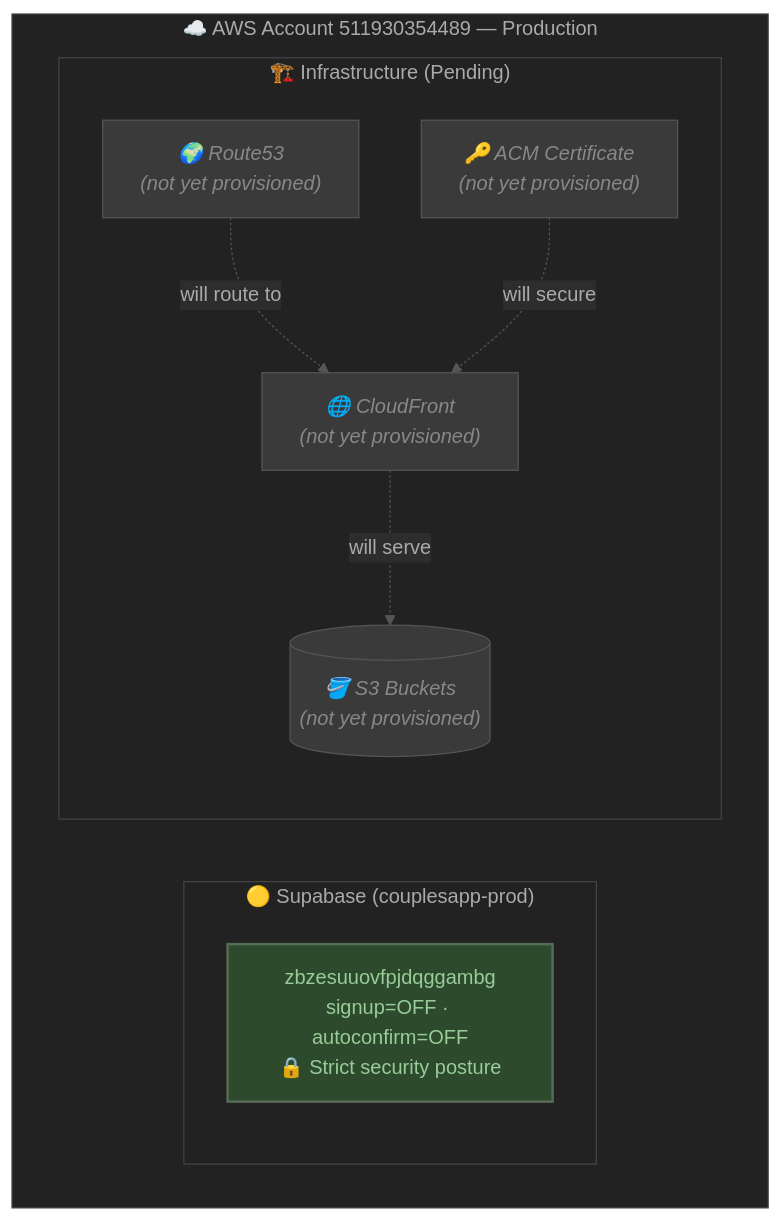
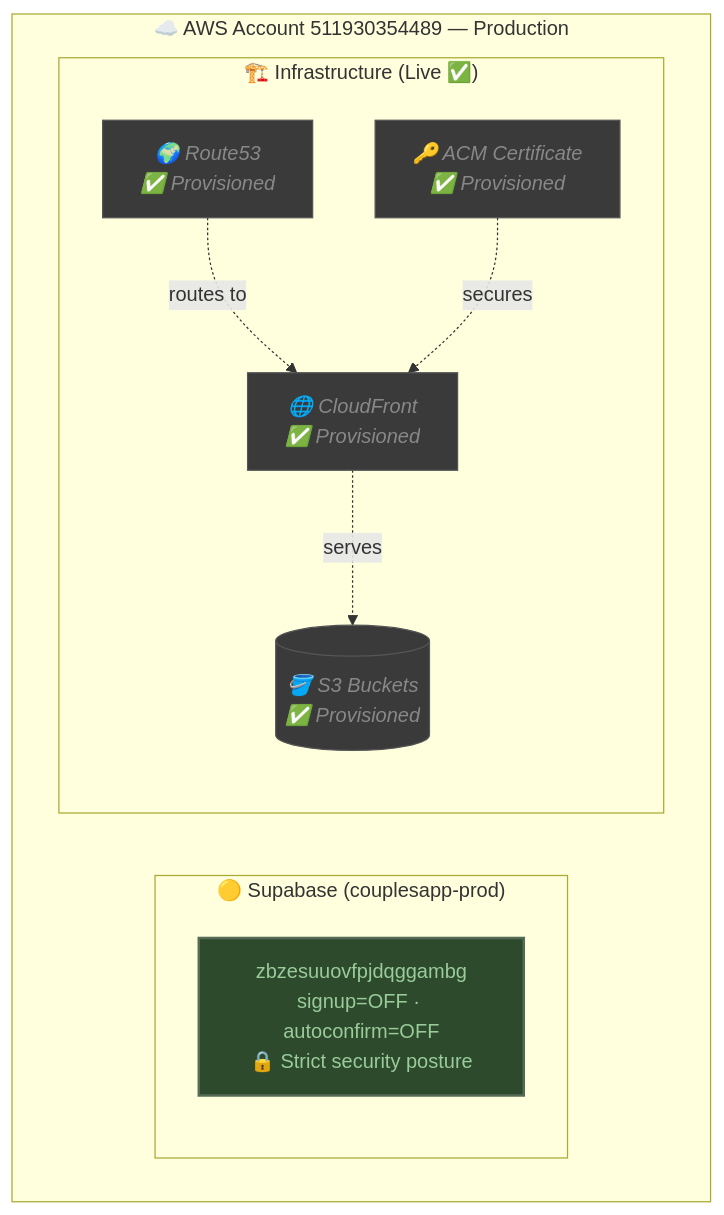
One commit to marcuss/nextasyapps-infra changed the fifth of 5 diagrams in README.md. Above: the diagram before and after it, drawn with Mermaid. The commit also changed other lines of this file, not shown here.

Commit message:
fix: remove %%{init}%% Mermaid theme blocks (break GitHub rendering) + update prod diagram

````diff
--- a/README.md
+++ b/README.md
@@ -226,26 +222,25 @@
 ```mermaid
-%%{init: {'theme': 'base', 'themeVariables': {'primaryColor': '#2d2d2d', 'primaryTextColor': '#aaaaaa', 'primaryBorderColor': '#555555', 'lineColor': '#555555', 'secondaryColor': '#222222', 'tertiaryColor': '#282828', 'background': '#2d2d2d', 'edgeLabelBackground': '#2d2d2d', 'clusterBkg': '#222222', 'clusterBorder': '#444444', 'fontFamily': 'ui-monospace, monospace', 'titleColor': '#aaaaaa'}}}%%
 graph TB
     subgraph PROD_ACCOUNT["☁️ AWS Account 511930354489 — Production"]
         subgraph PROD_SB["🟡 Supabase (couplesapp-prod)"]
             PROD_AUTH["zbzesuuovfpjdqggambg\nsignup=OFF · autoconfirm=OFF\n🔒 Strict security posture"]
         end
 
-        subgraph PROD_INFRA["🏗️ Infrastructure (Pending)"]
-            PROD_CF["🌐 CloudFront\n(not yet provisioned)"]
-            PROD_S3[("🪣 S3 Buckets\n(not yet provisioned)")]
-            PROD_R53["🌍 Route53\n(not yet provisioned)"]
-            PROD_ACM["🔑 ACM Certificate\n(not yet provisioned)"]
+        subgraph PROD_INFRA["🏗️ Infrastructure (Live ✅)"]
+            PROD_CF["🌐 CloudFront\n✅ Provisioned"]
+            PROD_S3[("🪣 S3 Buckets\n✅ Provisioned")]
+            PROD_R53["🌍 Route53\n✅ Provisioned"]
+            PROD_ACM["🔑 ACM Certificate\n✅ Provisioned"]
         end
 
-        PROD_CF -.->|"will serve"| PROD_S3
-        PROD_R53 -.->|"will route to"| PROD_CF
-        PROD_ACM -.->|"will secure"| PROD_CF
+        PROD_CF -.->|"serves"| PROD_S3
+        PROD_R53 -.->|"routes to"| PROD_CF
+        PROD_ACM -.->|"secures"| PROD_CF
     end
 
     classDef pending fill:#3a3a3a,stroke:#555555,stroke-width:1px,color:#888888,font-style:italic
     classDef prodReady fill:#2d4a2d,stroke:#556b55,stroke-width:2px,color:#99cc99
 
     class PROD_CF,PROD_S3,PROD_R53,PROD_ACM pending
     class PROD_AUTH prodReady
 ```
````
